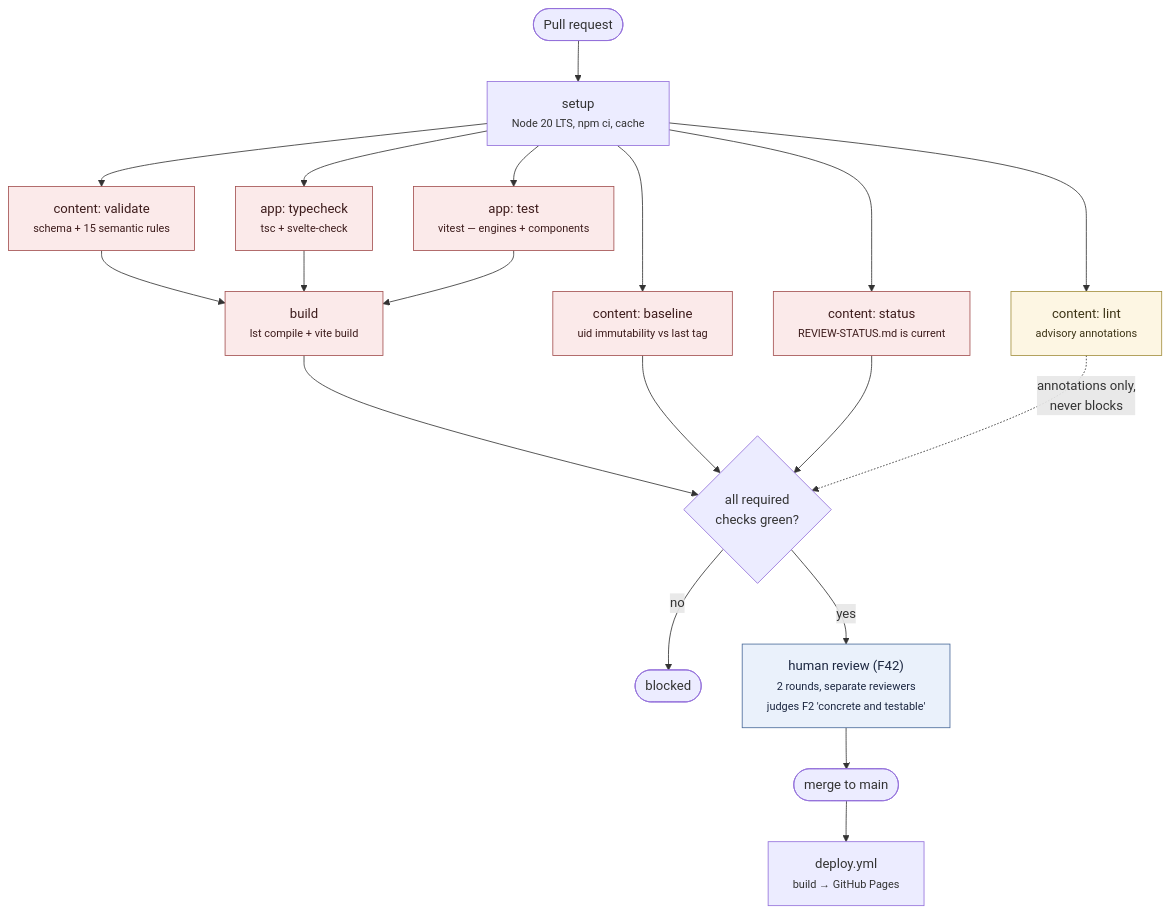
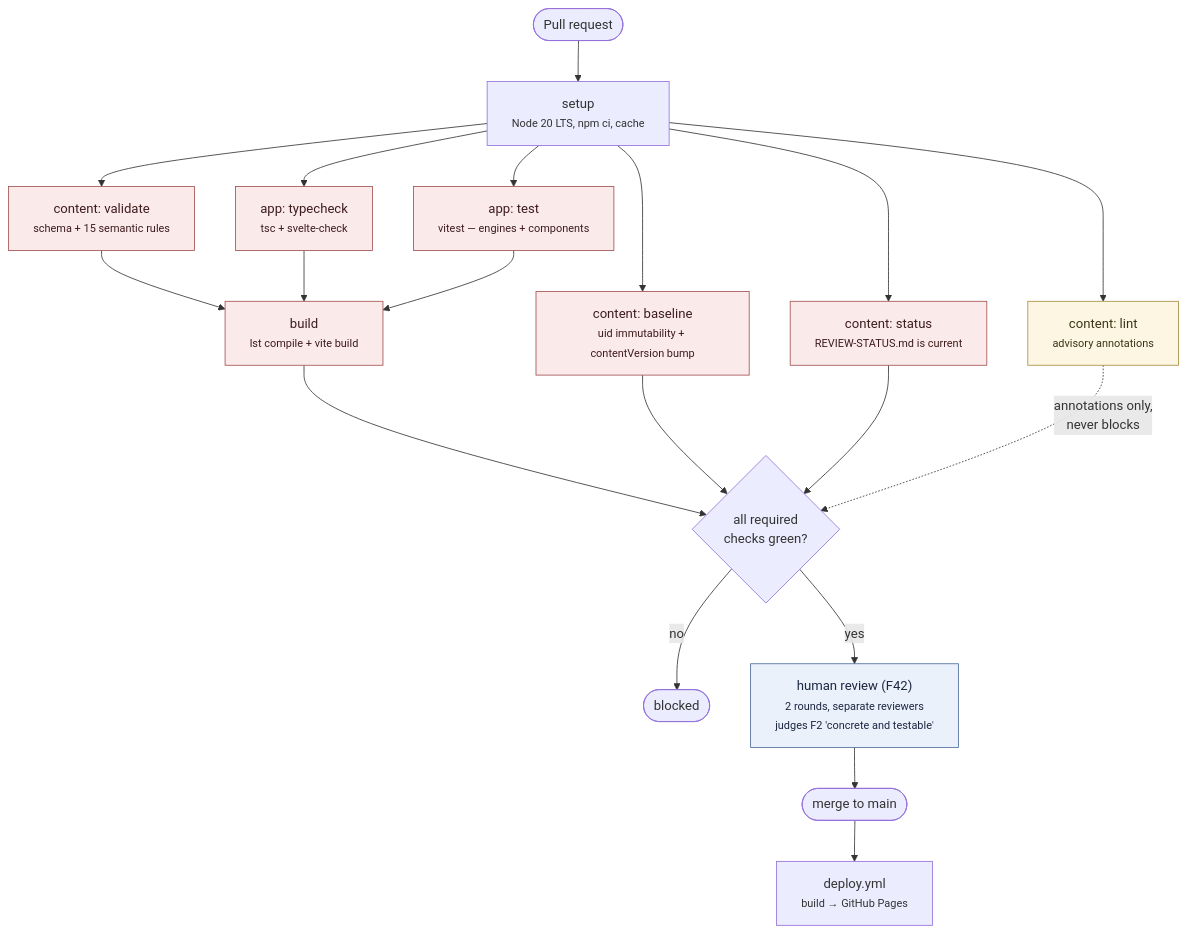
The fourth of 9 diagrams in docs/ARCHITECTURE.md (lifeskilltracker/lifeskilltracker.github.io), drawn with Mermaid before and after one commit. The commit also changed other lines of this file and 15 other files, not shown here.

````diff
--- a/docs/ARCHITECTURE.md
+++ b/docs/ARCHITECTURE.md
@@ -848,32 +855,32 @@
 ```mermaid
 flowchart TD
     PR([Pull request]) --> SETUP["setup<br/><small>Node 20 LTS, npm ci, cache</small>"]
 
     SETUP --> V["content: validate<br/><small>schema + 15 semantic rules</small>"]
-    SETUP --> B["content: baseline<br/><small>uid immutability vs last tag</small>"]
+    SETUP --> B["content: baseline<br/><small>uid immutability + contentVersion bump</small>"]
     SETUP --> L["content: lint<br/><small>advisory annotations</small>"]
     SETUP --> ST["content: status<br/><small>REVIEW-STATUS.md is current</small>"]
     SETUP --> TC["app: typecheck<br/><small>tsc + svelte-check</small>"]
     SETUP --> T["app: test<br/><small>vitest — engines + components</small>"]
 
     V --> BUILD["build<br/><small>lst compile + vite build</small>"]
     TC --> BUILD
     T --> BUILD
 
     BUILD --> GATE{"all required<br/>checks green?"}
     B --> GATE
     ST --> GATE
     L -. "annotations only,<br/>never blocks" .-> GATE
 
     GATE -->|no| FAIL([blocked])
     GATE -->|yes| REVIEW["human review (F42)<br/><small>2 rounds, separate reviewers<br/>judges F2 'concrete and testable'</small>"]
     REVIEW --> MERGE([merge to main])
     MERGE --> DEPLOY["deploy.yml<br/><small>build → GitHub Pages</small>"]
 
     classDef gate fill:#fbeaea,stroke:#a35050,color:#3d1c1c
     classDef advisory fill:#fdf6e3,stroke:#a3903f,color:#3d3416
     classDef human fill:#eaf1fb,stroke:#4a6a9a,color:#1c2740
     class V,B,ST,TC,T,BUILD gate
     class L advisory
     class REVIEW human
 ```
````
